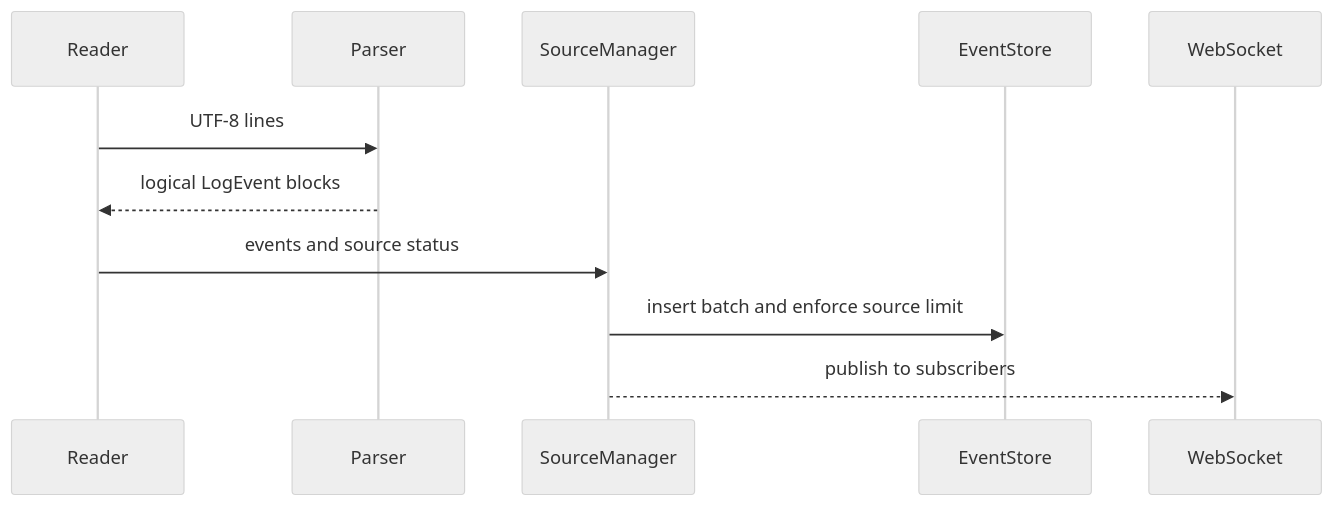
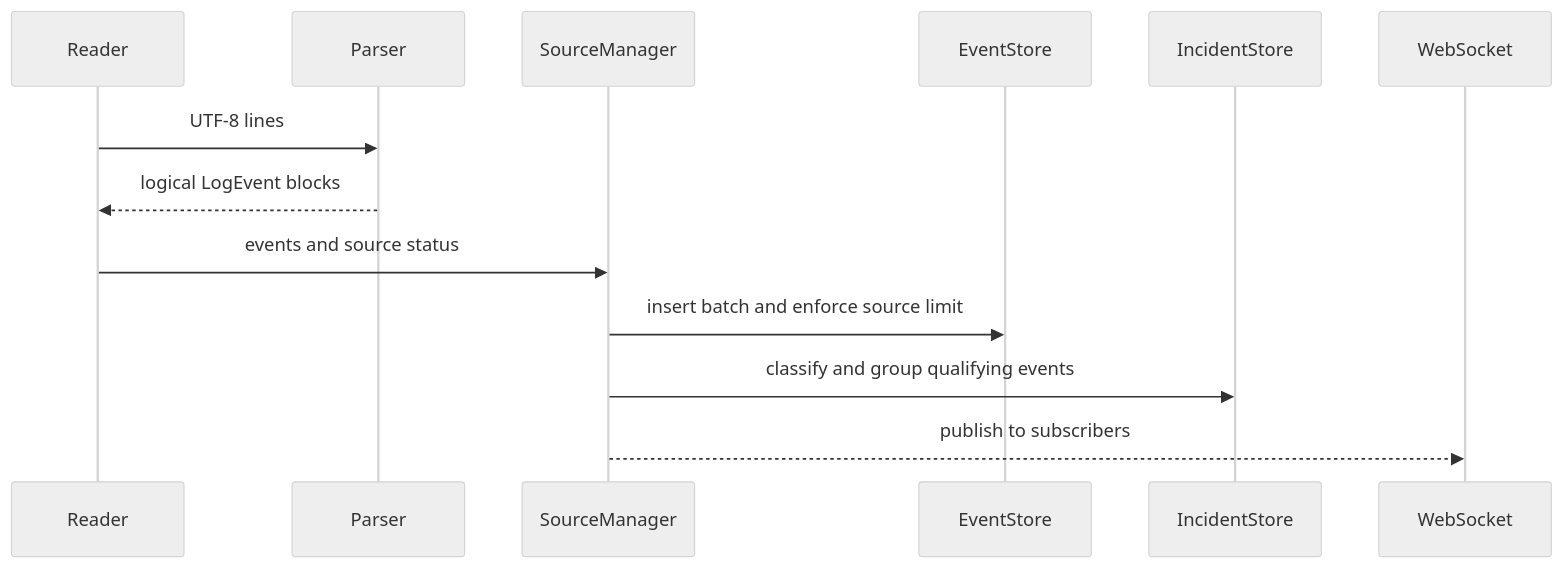
The second of 2 diagrams in docs/ARCHITECTURE.md (DanGiun/log-monitor), drawn with Mermaid (neutral theme) before and after one commit. The commit also changed other lines of this file and 20 other files, not shown here.

````diff
--- a/docs/ARCHITECTURE.md
+++ b/docs/ARCHITECTURE.md
@@ -41,13 +44,15 @@
 ```mermaid
 sequenceDiagram
     participant R as Reader
     participant P as Parser
     participant M as SourceManager
     participant S as EventStore
+    participant I as IncidentStore
     participant W as WebSocket
     R->>P: UTF-8 lines
     P-->>R: logical LogEvent blocks
     R->>M: events and source status
     M->>S: insert batch and enforce source limit
+    M->>I: classify and group qualifying events
     M-->>W: publish to subscribers
 ```
````
